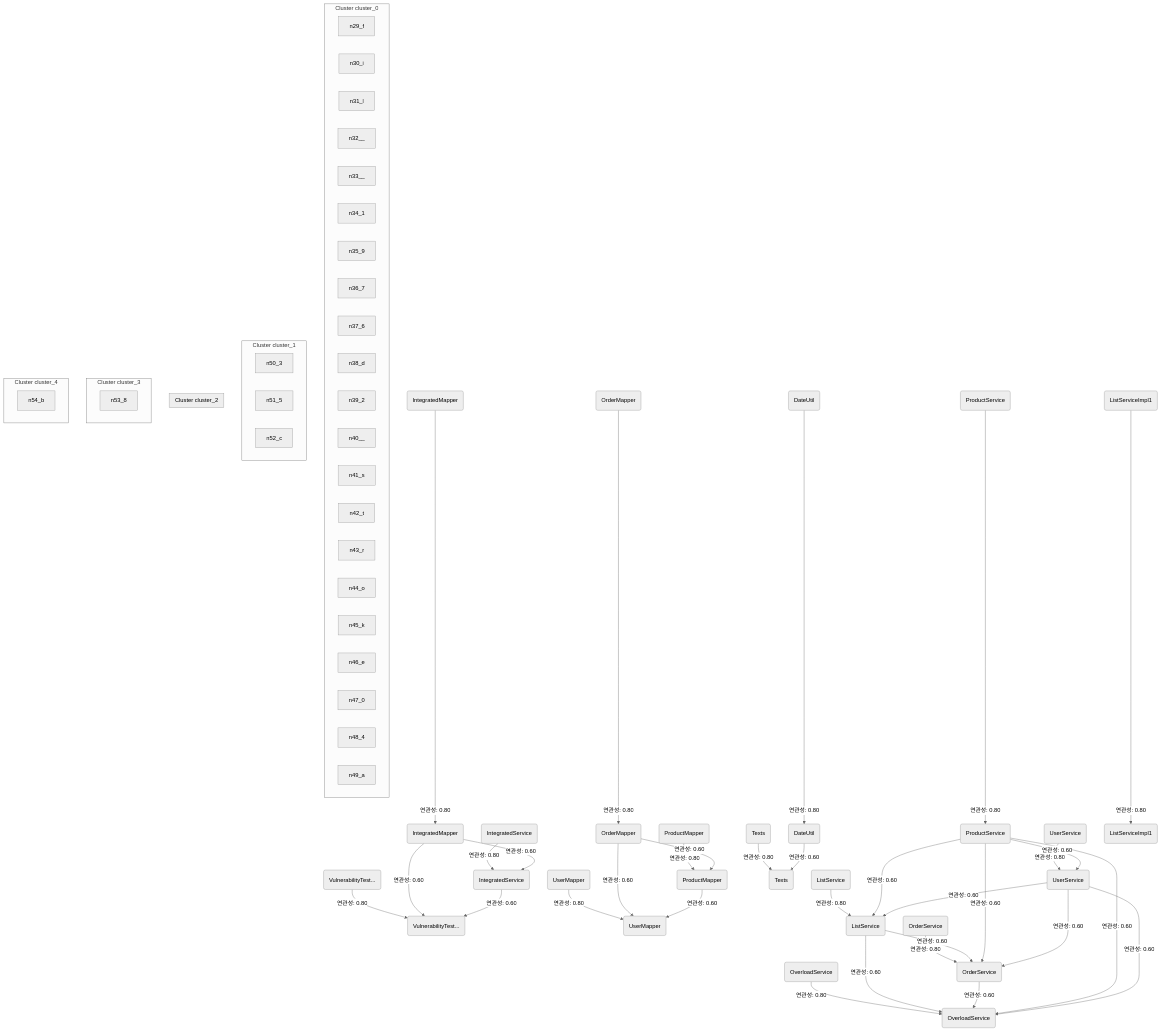
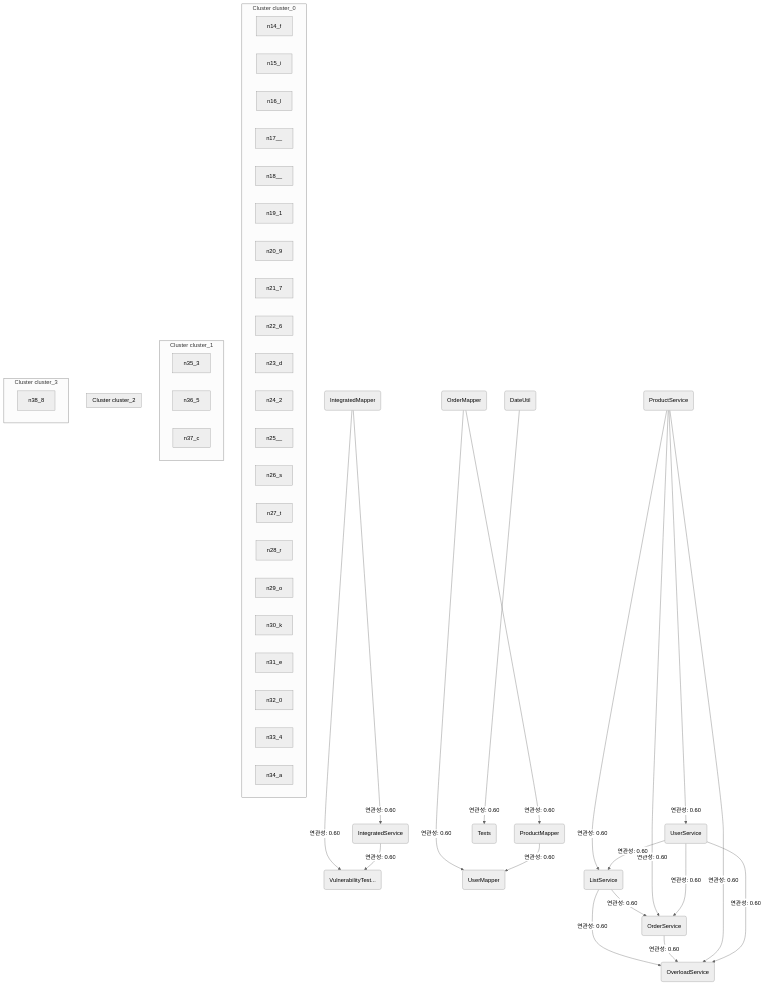
The diagram in output/sampleSrc/visualize/relatedness.md (kumtaek/ktohRep), drawn with Mermaid (neutral theme) before and after one commit. The commit also changed other lines of this file and 234 other files, not shown here.

````diff
--- a/output/sampleSrc/visualize/relatedness.md
+++ b/output/sampleSrc/visualize/relatedness.md
@@ -12,210 +12,152 @@
 ```mermaid
 graph TD
-  n1_class_1(IntegratedMapper)
-  n2_file_1(IntegratedMapper)
-  n3_class_2(IntegratedService)
-  n4_file_2(IntegratedService)
-  n5_class_3(VulnerabilityTest...)
-  n6_file_3(VulnerabilityTest...)
-  n7_class_4(OrderMapper)
-  n8_file_4(OrderMapper)
-  n9_class_5(ProductMapper)
-  n10_file_5(ProductMapper)
-  n11_class_6(UserMapper)
-  n12_file_6(UserMapper)
-  n13_class_7(ListService)
-  n14_file_7(ListService)
-  n15_class_8(OrderService)
-  n16_file_8(OrderService)
-  n17_class_9(OverloadService)
-  n18_file_9(OverloadService)
-  n19_class_10(ProductService)
-  n20_file_10(ProductService)
-  n21_class_11(UserService)
-  n22_file_11(UserService)
-  n23_class_12(DateUtil)
-  n24_file_12(DateUtil)
-  n25_class_13(Texts)
-  n26_file_13(Texts)
-  n27_class_14(ListServiceImpl1)
-  n28_file_14(ListServiceImpl1)
+  n1_file_1(IntegratedMapper)
+  n2_file_2(IntegratedService)
+  n3_file_3(VulnerabilityTest...)
+  n4_file_4(OrderMapper)
+  n5_file_5(ProductMapper)
+  n6_file_6(UserMapper)
+  n7_file_7(ListService)
+  n8_file_8(OrderService)
+  n9_file_9(OverloadService)
+  n10_file_10(ProductService)
+  n11_file_11(UserService)
+  n12_file_12(DateUtil)
+  n13_file_13(Texts)
 
-  n1_class_1 -- 연관성: 0.80 --> n2_file_1
-  n3_class_2 -- 연관성: 0.80 --> n4_file_2
-  n5_class_3 -- 연관성: 0.80 --> n6_file_3
-  n7_class_4 -- 연관성: 0.80 --> n8_file_4
-  n9_class_5 -- 연관성: 0.80 --> n10_file_5
-  n11_class_6 -- 연관성: 0.80 --> n12_file_6
-  n13_class_7 -- 연관성: 0.80 --> n14_file_7
-  n15_class_8 -- 연관성: 0.80 --> n16_file_8
-  n17_class_9 -- 연관성: 0.80 --> n18_file_9
-  n19_class_10 -- 연관성: 0.80 --> n20_file_10
-  n21_class_11 -- 연관성: 0.80 --> n22_file_11
-  n23_class_12 -- 연관성: 0.80 --> n24_file_12
-  n25_class_13 -- 연관성: 0.80 --> n26_file_13
-  n27_class_14 -- 연관성: 0.80 --> n28_file_14
-  n2_file_1 -- 연관성: 0.60 --> n4_file_2
-  n2_file_1 -- 연관성: 0.60 --> n6_file_3
-  n4_file_2 -- 연관성: 0.60 --> n6_file_3
-  n8_file_4 -- 연관성: 0.60 --> n10_file_5
-  n8_file_4 -- 연관성: 0.60 --> n12_file_6
-  n10_file_5 -- 연관성: 0.60 --> n12_file_6
-  n14_file_7 -- 연관성: 0.60 --> n16_file_8
-  n14_file_7 -- 연관성: 0.60 --> n18_file_9
-  n16_file_8 -- 연관성: 0.60 --> n18_file_9
-  n20_file_10 -- 연관성: 0.60 --> n14_file_7
-  n20_file_10 -- 연관성: 0.60 --> n16_file_8
-  n20_file_10 -- 연관성: 0.60 --> n18_file_9
-  n20_file_10 -- 연관성: 0.60 --> n22_file_11
-  n22_file_11 -- 연관성: 0.60 --> n14_file_7
-  n22_file_11 -- 연관성: 0.60 --> n16_file_8
-  n22_file_11 -- 연관성: 0.60 --> n18_file_9
-  n24_file_12 -- 연관성: 0.60 --> n26_file_13
+  n1_file_1 -- 연관성: 0.60 --> n2_file_2
+  n1_file_1 -- 연관성: 0.60 --> n3_file_3
+  n2_file_2 -- 연관성: 0.60 --> n3_file_3
+  n4_file_4 -- 연관성: 0.60 --> n5_file_5
+  n4_file_4 -- 연관성: 0.60 --> n6_file_6
+  n5_file_5 -- 연관성: 0.60 --> n6_file_6
+  n7_file_7 -- 연관성: 0.60 --> n8_file_8
+  n7_file_7 -- 연관성: 0.60 --> n9_file_9
+  n8_file_8 -- 연관성: 0.60 --> n9_file_9
+  n10_file_10 -- 연관성: 0.60 --> n7_file_7
+  n10_file_10 -- 연관성: 0.60 --> n8_file_8
+  n10_file_10 -- 연관성: 0.60 --> n9_file_9
+  n10_file_10 -- 연관성: 0.60 --> n11_file_11
+  n11_file_11 -- 연관성: 0.60 --> n7_file_7
+  n11_file_11 -- 연관성: 0.60 --> n8_file_8
+  n11_file_11 -- 연관성: 0.60 --> n9_file_9
+  n12_file_12 -- 연관성: 0.60 --> n13_file_13
 
   %% Clustering Styling
   subgraph Cluster cluster_0
-    n29_f
-    n30_i
-    n31_l
-    n31_l
-    n32__
-    n33__
-    n34_1
-    n35_9
-    n36_7
-    n37_6
-    n38_d
-    n39_2
-    n40__
-    n41_s
-    n42_t
-    n43_r
-    n44_o
-    n45_k
-    n46_e
-    n32__
-    n33__
-    n47_0
-    n38_d
-    n48_4
-    n36_7
-    n49_a
-    n34_1
+    n14_f
+    n15_i
+    n16_l
+    n16_l
+    n17__
+    n18__
+    n19_1
+    n20_9
+    n21_7
+    n22_6
+    n23_d
+    n24_2
+    n25__
+    n26_s
+    n27_t
+    n28_r
+    n29_o
+    n30_k
+    n31_e
+    n17__
+    n18__
+    n32_0
+    n23_d
+    n33_4
+    n21_7
+    n34_a
+    n19_1
   end
   subgraph Cluster cluster_1
-    n29_f
-    n30_i
-    n31_l
-    n31_l
-    n32__
-    n33__
-    n39_2
-    n34_1
-    n35_9
-    n37_6
-    n29_f
-    n50_3
-    n40__
-    n41_s
-    n42_t
-    n43_r
-    n44_o
-    n45_k
-    n46_e
-    n32__
-    n33__
-    n34_1
-    n51_5
-    n37_6
-    n51_5
-    n52_c
-    n47_0
+    n14_f
+    n15_i
+    n16_l
+    n16_l
+    n17__
+    n18__
+    n24_2
+    n19_1
+    n20_9
+    n22_6
+    n14_f
+    n35_3
+    n25__
+    n26_s
+    n27_t
+    n28_r
+    n29_o
+    n30_k
+    n31_e
+    n17__
+    n18__
+    n19_1
+    n36_5
+    n22_6
+    n36_5
+    n37_c
+    n32_0
   end
   subgraph Cluster cluster_2
-    n29_f
-    n30_i
-    n31_l
-    n31_l
-    n32__
-    n33__
-    n48_4
-    n39_2
-    n49_a
-    n51_5
-    n29_f
-    n51_5
-    n40__
-    n41_s
-    n42_t
-    n43_r
-    n44_o
-    n45_k
-    n46_e
-    n32__
-    n33__
-    n34_1
-    n35_9
-    n36_7
-    n37_6
-    n38_d
-    n39_2
+    n14_f
+    n15_i
+    n16_l
+    n16_l
+    n17__
+    n18__
+    n33_4
+    n24_2
+    n34_a
+    n36_5
+    n14_f
+    n36_5
+    n25__
+    n26_s
+    n27_t
+    n28_r
+    n29_o
+    n30_k
+    n31_e
+    n17__
+    n18__
+    n19_1
+    n20_9
+    n21_7
+    n22_6
+    n23_d
+    n24_2
   end
   subgraph Cluster cluster_3
-    n29_f
-    n30_i
-    n31_l
-    n31_l
-    n32__
-    n33__
-    n53_8
-    n34_1
-    n38_d
-    n48_4
-    n29_f
-    n49_a
-    n40__
-    n41_s
-    n42_t
-    n43_r
-    n44_o
-    n45_k
-    n46_e
-    n32__
-    n33__
-    n48_4
-    n39_2
-    n49_a
-    n51_5
-    n29_f
-    n51_5
-  end
-  subgraph Cluster cluster_4
-    n29_f
-    n30_i
-    n31_l
-    n31_l
-    n32__
-    n33__
-    n36_7
-    n35_9
-    n53_8
-    n37_6
-    n52_c
-    n54_b
-    n40__
-    n41_s
-    n42_t
-    n43_r
-    n44_o
-    n45_k
-    n46_e
-    n32__
-    n33__
-    n51_5
-    n52_c
-    n37_6
-    n54_b
-    n52_c
-    n47_0
+    n14_f
+    n15_i
+    n16_l
+    n16_l
+    n17__
+    n18__
+    n38_8
+    n19_1
+    n23_d
+    n33_4
+    n14_f
+    n34_a
+    n25__
+    n26_s
+    n27_t
+    n28_r
+    n29_o
+    n30_k
+    n31_e
+    n17__
+    n18__
+    n33_4
+    n24_2
+    n34_a
+    n36_5
+    n14_f
+    n36_5
   end
 ```
````
